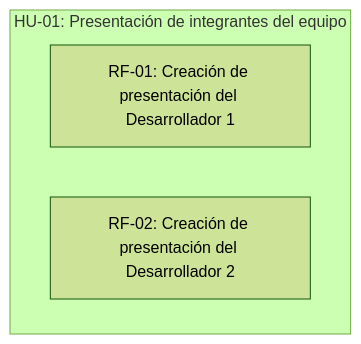
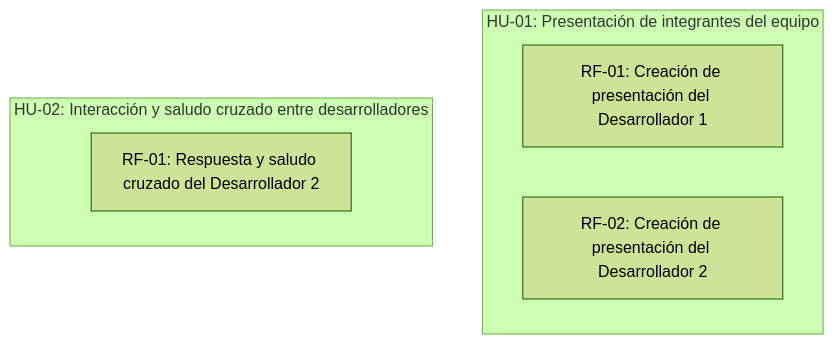
One commit to fiemcasals/pruebaBlanco changed the diagram in scrumDocs/grafo.md. Above: the diagram before and after it, drawn with Mermaid (forest theme). The commit also changed other lines of this file, not shown here.

Commit message:
Auto-publish: actualiza scrumDocs/grafo.md

````diff
--- a/scrumDocs/grafo.md
+++ b/scrumDocs/grafo.md
@@ -5,7 +5,10 @@
 ```mermaid
 graph TD
   subgraph US_1787232428829["HU-01: Presentación de integrantes del equipo"]
     REQ_1787233575852["RF-01: Creación de presentación del Desarrollador 1"]
     REQ_1787233583344["RF-02: Creación de presentación del Desarrollador 2"]
   end
+  subgraph US_1787232434275["HU-02: Interacción y saludo cruzado entre desarrolladores"]
+    REQ_1787233593724["RF-01: Respuesta y saludo cruzado del Desarrollador 2"]
+  end
 ```
````
